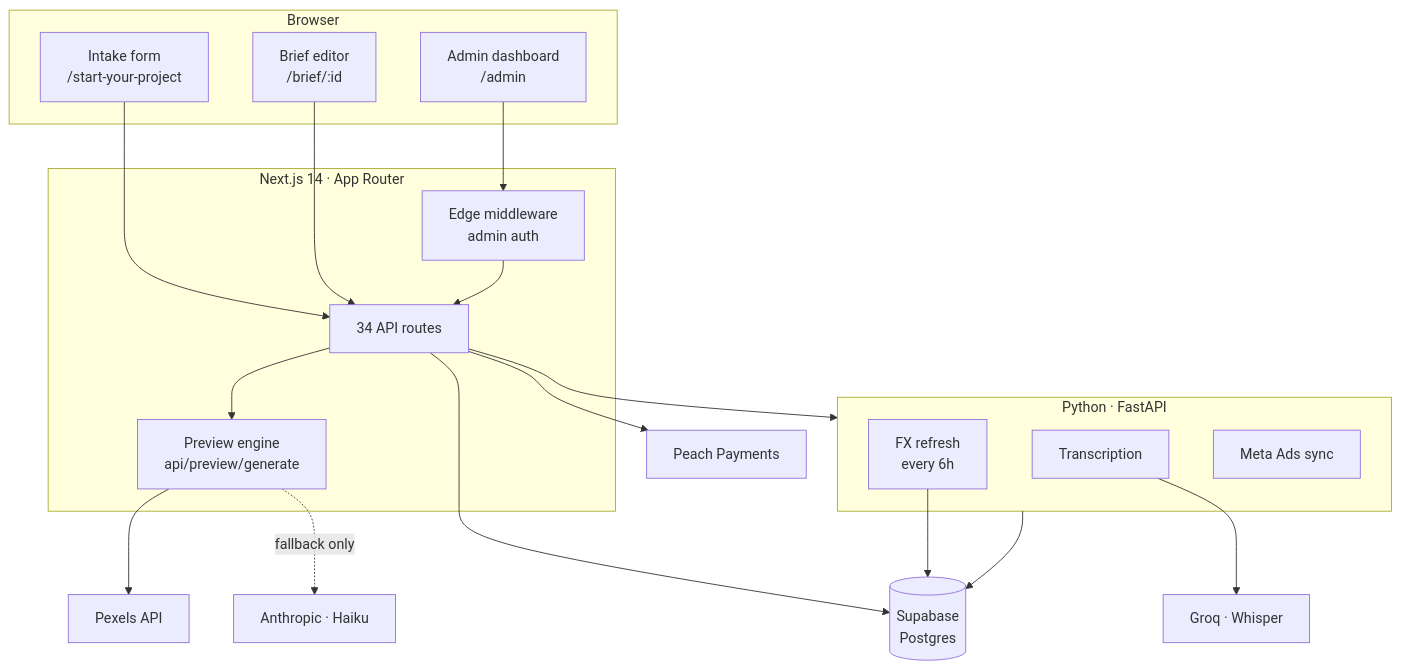
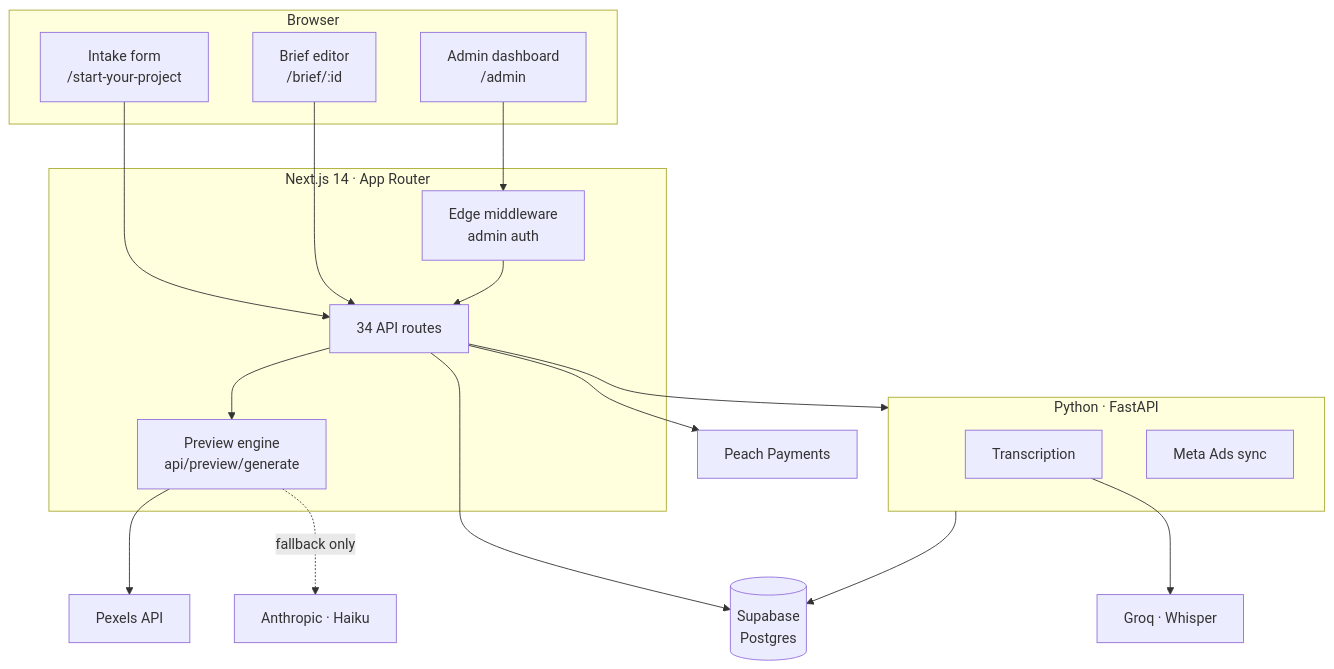
One commit to hugo-drummond/mountain-studios changed the first of 3 diagrams in ARCHITECTURE.md. Above: the diagram before and after it, drawn with Mermaid. The commit also changed other lines of this file and 28 other files, not shown here.

````diff
--- a/ARCHITECTURE.md
+++ b/ARCHITECTURE.md
@@ -20,40 +20,38 @@
 ```mermaid
 flowchart TB
     subgraph client[Browser]
         Intake[Intake form<br/>/start-your-project]
         Brief[Brief editor<br/>/brief/:id]
         Admin[Admin dashboard<br/>/admin]
     end
 
     subgraph next[Next.js 14 · App Router]
         API[34 API routes]
         MW[Edge middleware<br/>admin auth]
         Engine[Preview engine<br/>api/preview/generate]
     end
 
     subgraph worker[Python · FastAPI]
-        FX[FX refresh<br/>every 6h]
         Trans[Transcription]
         Ads[Meta Ads sync]
     end
 
     DB[(Supabase<br/>Postgres)]
 
     Pexels[Pexels API]
     Claude[Anthropic · Haiku]
     Groq[Groq · Whisper]
     Peach[Peach Payments]
 
     Intake --> API
     Brief --> API
     Admin --> MW --> API
     API --> Engine
     Engine --> Pexels
     Engine -.fallback only.-> Claude
     API --> DB
     API --> Peach
     API --> worker
     worker --> DB
     Trans --> Groq
-    FX --> DB
 ```
````
